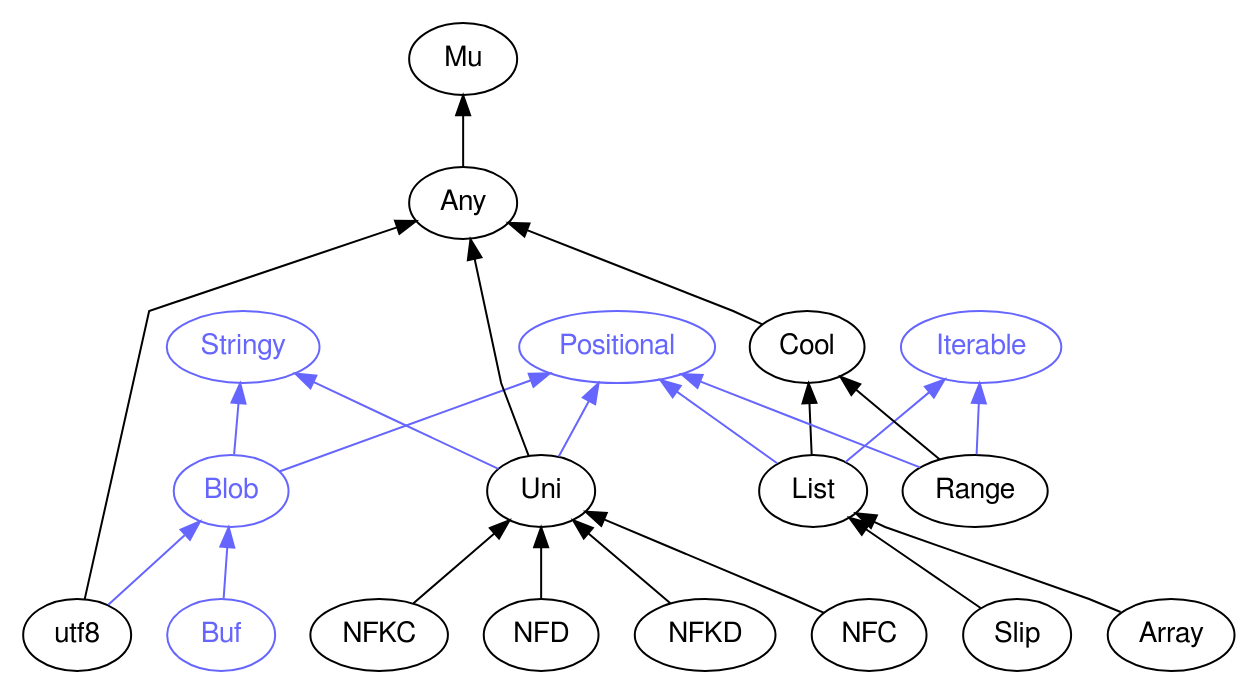
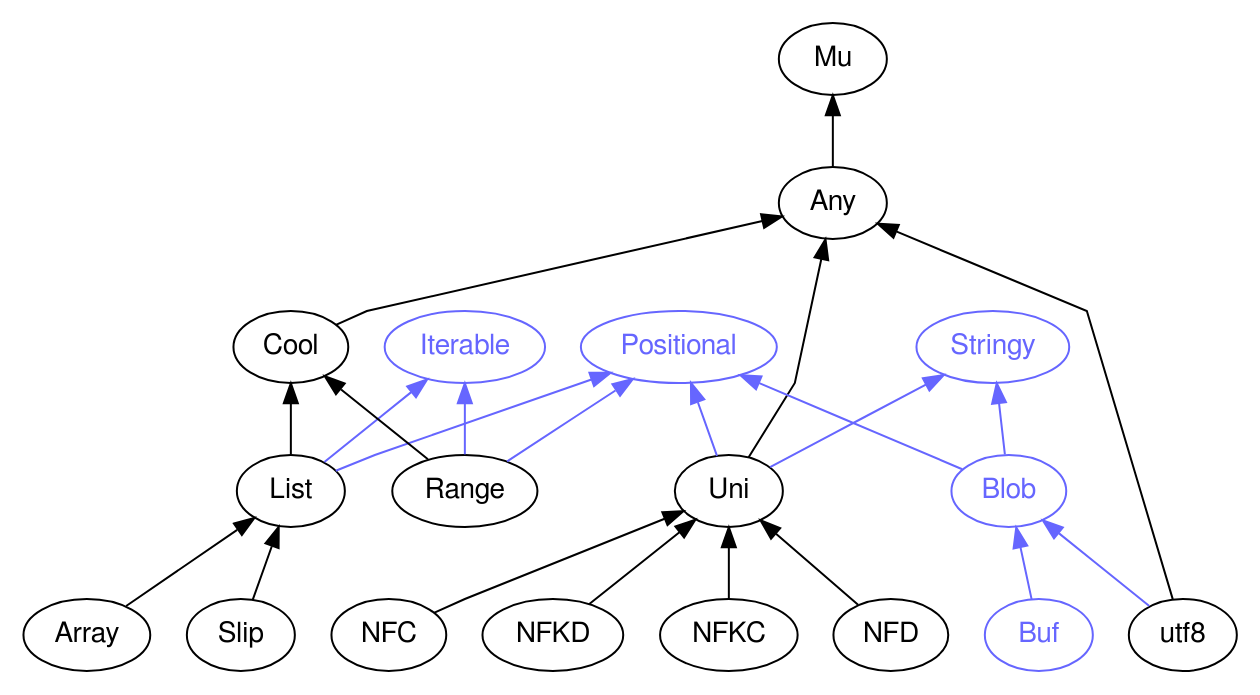
The diagram in images/type-graph-Positional.svg.dot (perl6docs/perl6docs.github.io), drawn with Graphviz before and after one commit. The commit also changed other lines of this file and 4386 other files, not shown here.

Commit message:
Version with Failure graph

```diff
--- a/images/type-graph-Positional.svg.dot
+++ b/images/type-graph-Positional.svg.dot
@@ -1,50 +1,50 @@
 digraph "perl6-type-graph" {
     rankdir=BT;
     splines=polyline;
     overlap=false; 
     // Types
     "Positional" [color="#6666FF", fontcolor="#6666FF", href="/type/Positional", fontname="FreeSans"];
     "Mu" [color="#000000", fontcolor="#000000", href="/type/Mu", fontname="FreeSans"];
     "Any" [color="#000000", fontcolor="#000000", href="/type/Any", fontname="FreeSans"];
     "Cool" [color="#000000", fontcolor="#000000", href="/type/Cool", fontname="FreeSans"];
     "Iterable" [color="#6666FF", fontcolor="#6666FF", href="/type/Iterable", fontname="FreeSans"];
     "List" [color="#000000", fontcolor="#000000", href="/type/List", fontname="FreeSans"];
+    "Range" [color="#000000", fontcolor="#000000", href="/type/Range", fontname="FreeSans"];
     "Stringy" [color="#6666FF", fontcolor="#6666FF", href="/type/Stringy", fontname="FreeSans"];
+    "Uni" [color="#000000", fontcolor="#000000", href="/type/Uni", fontname="FreeSans"];
     "Blob" [color="#6666FF", fontcolor="#6666FF", href="/type/Blob", fontname="FreeSans"];
-    "Uni" [color="#000000", fontcolor="#000000", href="/type/Uni", fontname="FreeSans"];
-    "Range" [color="#000000", fontcolor="#000000", href="/type/Range", fontname="FreeSans"];
+    "Array" [color="#000000", fontcolor="#000000", href="/type/Array", fontname="FreeSans"];
     "Slip" [color="#000000", fontcolor="#000000", href="/type/Slip", fontname="FreeSans"];
-    "Array" [color="#000000", fontcolor="#000000", href="/type/Array", fontname="FreeSans"];
+    "NFC" [color="#000000", fontcolor="#000000", href="/type/NFC", fontname="FreeSans"];
+    "NFKD" [color="#000000", fontcolor="#000000", href="/type/NFKD", fontname="FreeSans"];
     "NFKC" [color="#000000", fontcolor="#000000", href="/type/NFKC", fontname="FreeSans"];
     "NFD" [color="#000000", fontcolor="#000000", href="/type/NFD", fontname="FreeSans"];
-    "NFKD" [color="#000000", fontcolor="#000000", href="/type/NFKD", fontname="FreeSans"];
-    "NFC" [color="#000000", fontcolor="#000000", href="/type/NFC", fontname="FreeSans"];
+    "utf8" [color="#000000", fontcolor="#000000", href="/type/utf8", fontname="FreeSans"];
     "Buf" [color="#6666FF", fontcolor="#6666FF", href="/type/Buf", fontname="FreeSans"];
-    "utf8" [color="#000000", fontcolor="#000000", href="/type/utf8", fontname="FreeSans"];
 
     // Superclasses
     "Any" -> "Mu" [color="#000000"];
     "Cool" -> "Any" [color="#000000"];
     "List" -> "Cool" [color="#000000"];
+    "Range" -> "Cool" [color="#000000"];
     "Uni" -> "Any" [color="#000000"];
-    "Range" -> "Cool" [color="#000000"];
+    "Array" -> "List" [color="#000000"];
     "Slip" -> "List" [color="#000000"];
-    "Array" -> "List" [color="#000000"];
+    "NFC" -> "Uni" [color="#000000"];
+    "NFKD" -> "Uni" [color="#000000"];
     "NFKC" -> "Uni" [color="#000000"];
     "NFD" -> "Uni" [color="#000000"];
-    "NFKD" -> "Uni" [color="#000000"];
-    "NFC" -> "Uni" [color="#000000"];
     "utf8" -> "Any" [color="#000000"];
 
     // Roles
     "List" -> "Positional" [color="#6666FF"];
     "List" -> "Iterable" [color="#6666FF"];
+    "Range" -> "Positional" [color="#6666FF"];
+    "Range" -> "Iterable" [color="#6666FF"];
+    "Uni" -> "Positional" [color="#6666FF"];
+    "Uni" -> "Stringy" [color="#6666FF"];
     "Blob" -> "Positional" [color="#6666FF"];
     "Blob" -> "Stringy" [color="#6666FF"];
-    "Uni" -> "Positional" [color="#6666FF"];
-    "Uni" -> "Stringy" [color="#6666FF"];
-    "Range" -> "Positional" [color="#6666FF"];
-    "Range" -> "Iterable" [color="#6666FF"];
+    "utf8" -> "Blob" [color="#6666FF"];
     "Buf" -> "Blob" [color="#6666FF"];
-    "utf8" -> "Blob" [color="#6666FF"];
 }
```
